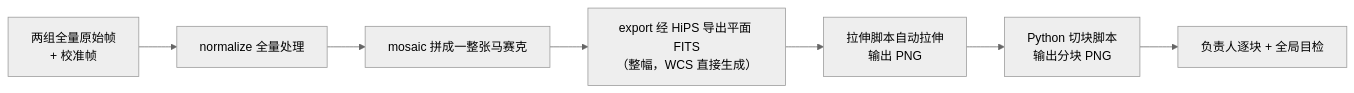
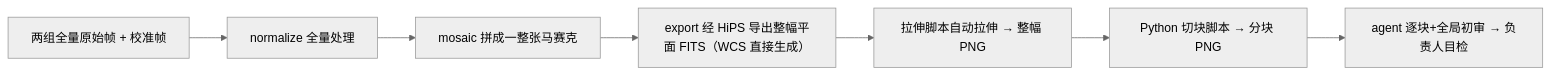
The third of 3 diagrams in ACCEPTANCE_SPEC.md (fujiaze/Astro-CS-Database), drawn with Mermaid (neutral theme) before and after one commit. The commit also changed other lines of this file and 4 other files, not shown here.

````diff
--- a/ACCEPTANCE_SPEC.md
+++ b/ACCEPTANCE_SPEC.md
@@ -127,11 +160,9 @@
 ```mermaid
 flowchart LR
-    A["两组全量原始帧<br/>+ 校准帧"]
-    B["normalize 全量处理"]
-    C["mosaic 拼成一整张马赛克"]
-    D["export 经 HiPS 导出平面 FITS<br/>（整幅，WCS 直接生成）"]
-    E["拉伸脚本自动拉伸<br/>输出 PNG"]
-    F["Python 切块脚本<br/>输出分块 PNG"]
-    G["负责人逐块 + 全局目检"]
-    A --> B --> C --> D --> E --> F --> G
+    A["两组全量原始帧 + 校准帧"] --> B["normalize 全量处理"]
+    B --> C["mosaic 拼成一整张马赛克"]
+    C --> D["export 经 HiPS 导出整幅平面 FITS（WCS 直接生成）"]
+    D --> E["拉伸脚本自动拉伸 → 整幅 PNG"]
+    E --> F["Python 切块脚本 → 分块 PNG"]
+    F --> G["agent 逐块+全局初审 → 负责人目检"]
 ```
````
